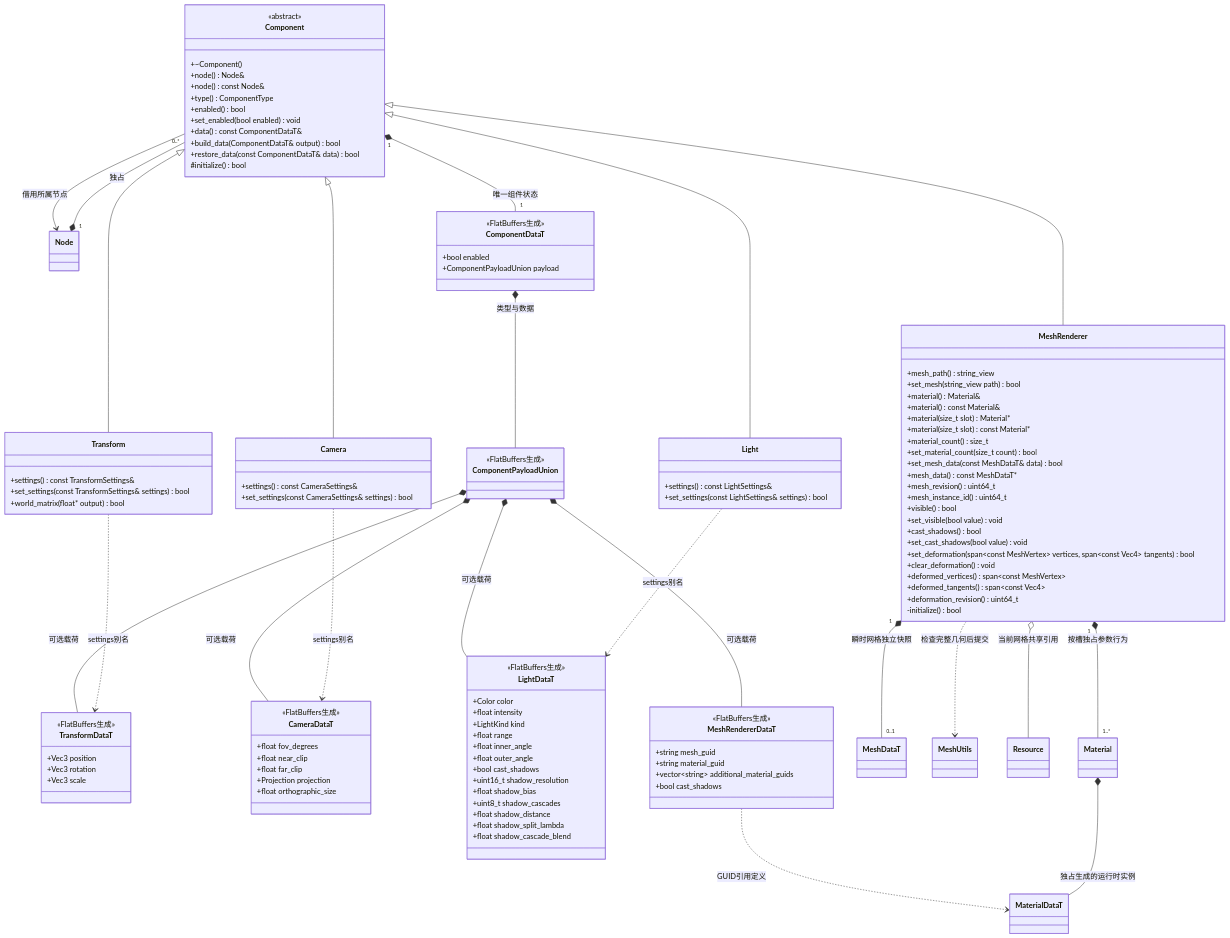
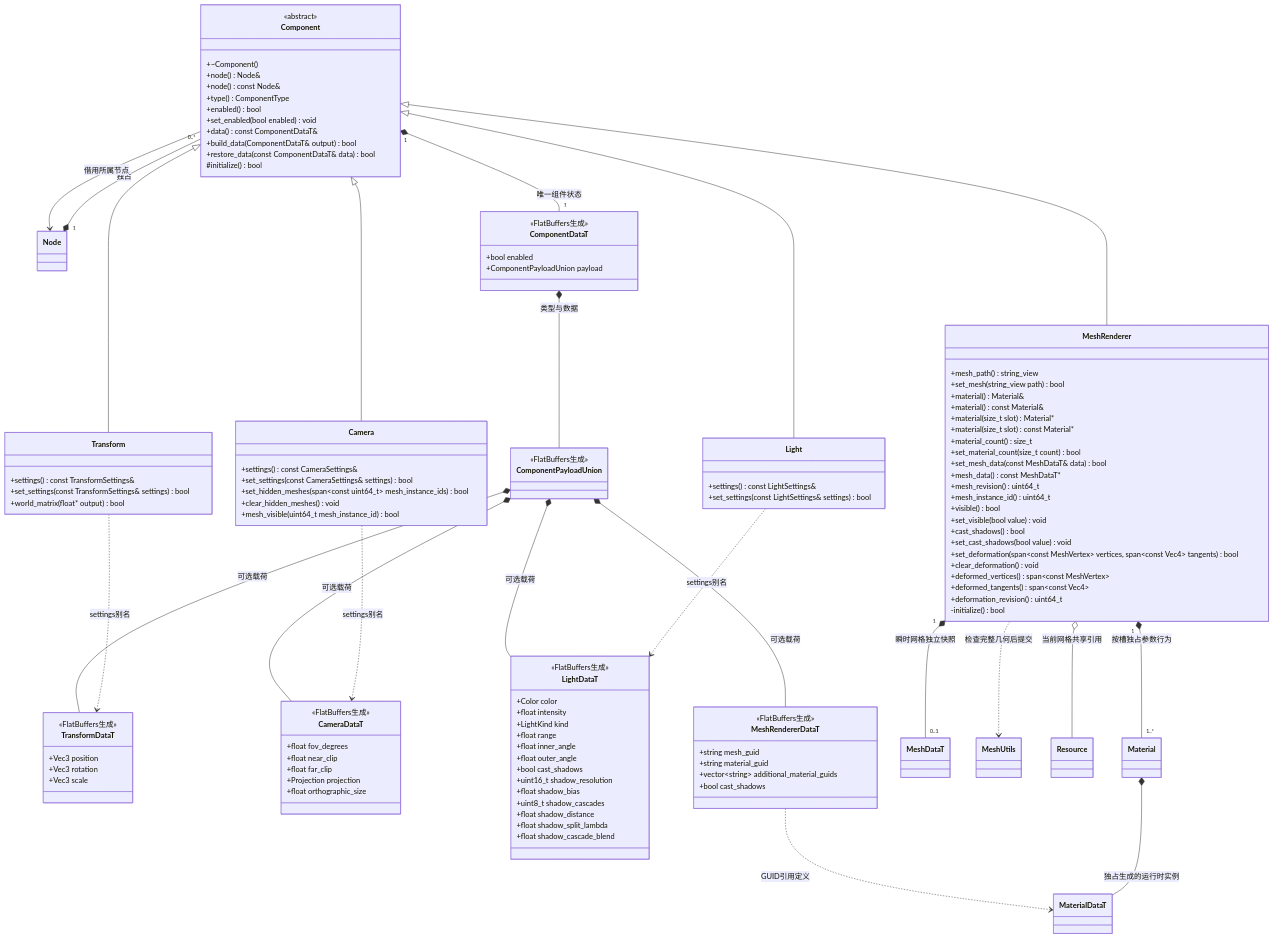
The diagram in docs/runtime/class-diagrams/component.md (lcals/Engine), drawn with Mermaid before and after one commit. The commit also changed other lines of this file and 65 other files, not shown here.

```diff
--- a/docs/runtime/class-diagrams/component.md
+++ b/docs/runtime/class-diagrams/component.md
@@ -27,6 +27,9 @@
     class Camera {
         +settings() const CameraSettings&
         +set_settings(const CameraSettings& settings) bool
+        +set_hidden_meshes(span~const uint64_t~ mesh_instance_ids) bool
+        +clear_hidden_meshes() void
+        +mesh_visible(uint64_t mesh_instance_id) bool
     }
     class Light {
         +settings() const LightSettings&
```
